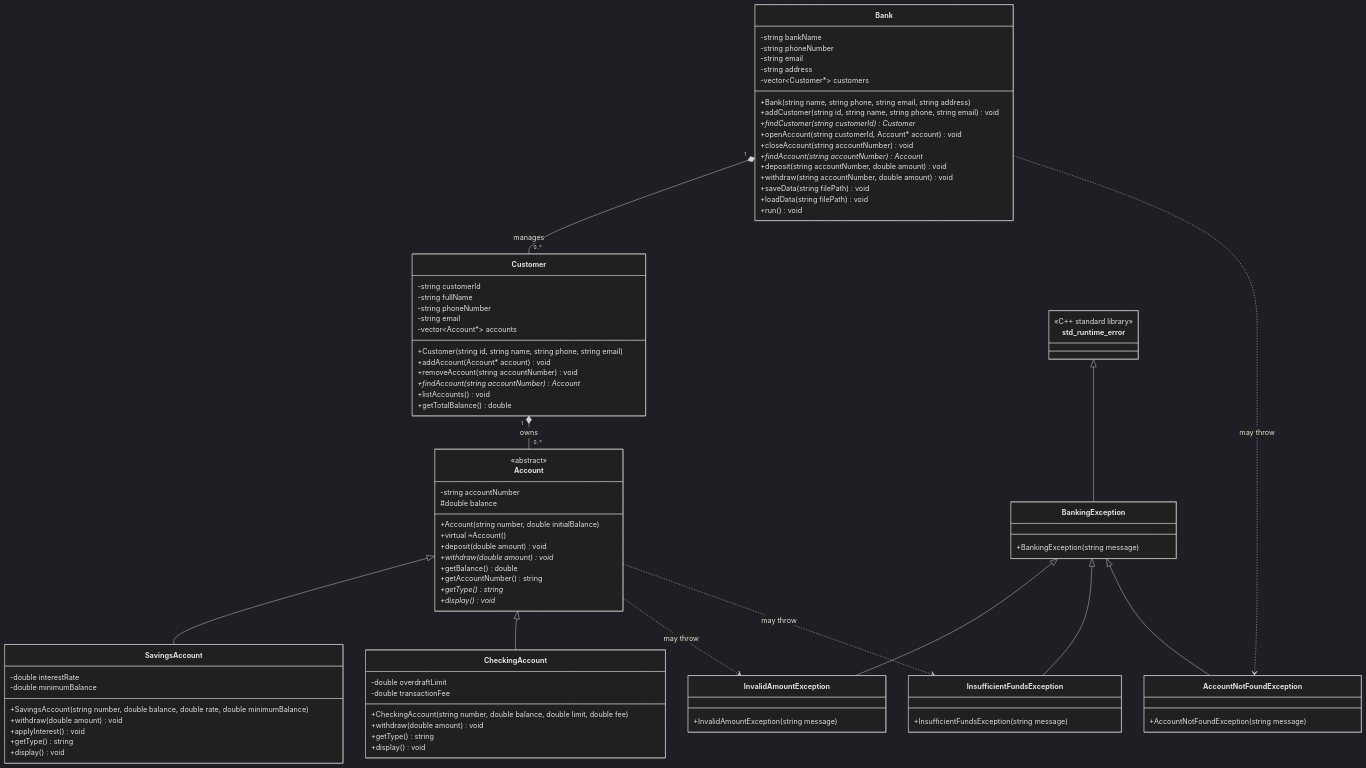
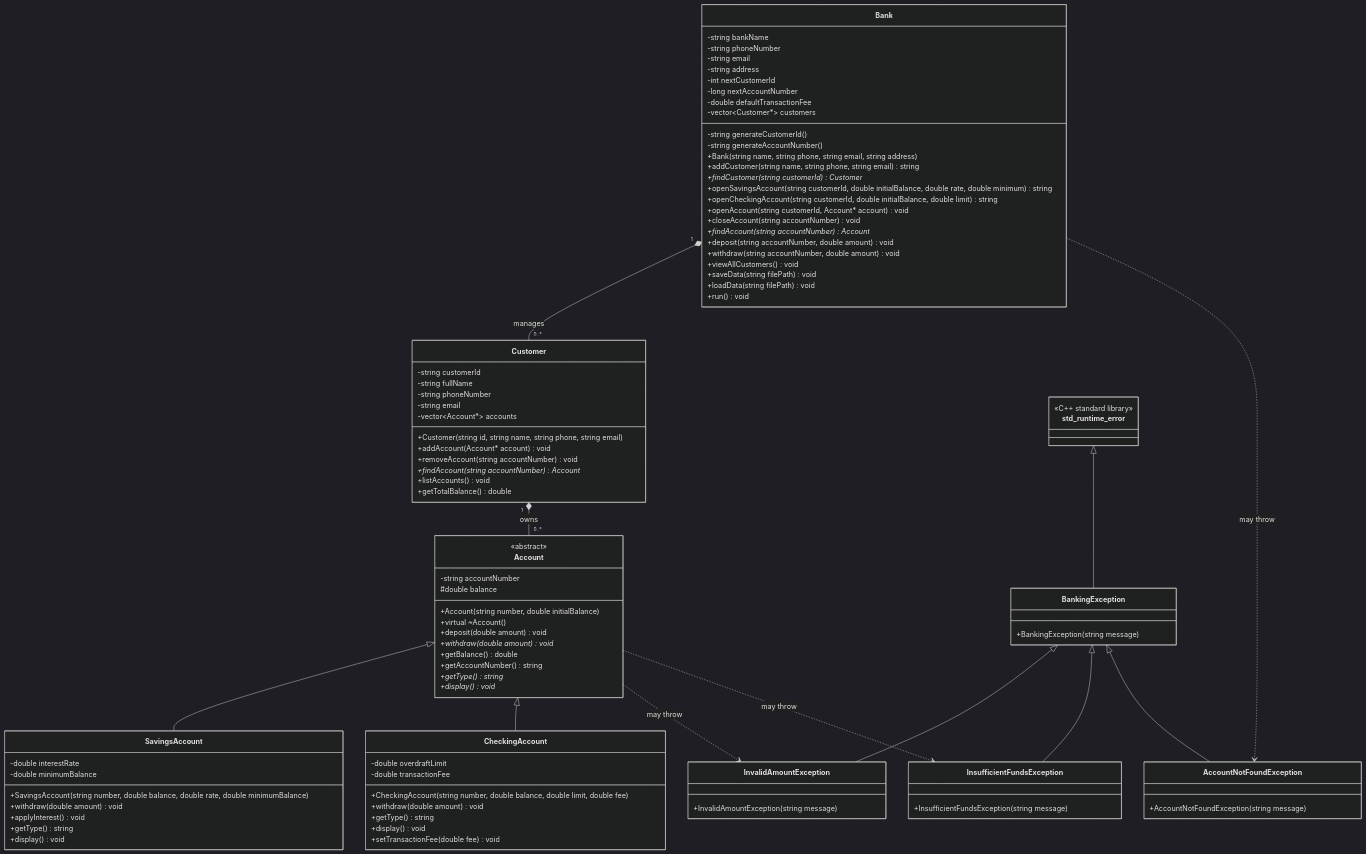
One commit to ymukhsin/bank-account-manager changed the diagram in uml.mmd. Above: the diagram before and after it, drawn with Mermaid (dark theme). The commit also changed 5 other files, not shown here.

Commit message:
feat: auto-generate 4-digit customer IDs, 8-digit account numbers, and admin customer/fee controls

```diff
--- a/uml.mmd
+++ b/uml.mmd
@@ -1,98 +1,107 @@
 classDiagram
     direction TB
 
     class Bank {
         -string bankName
         -string phoneNumber
         -string email
         -string address
+        -int nextCustomerId
+        -long nextAccountNumber
+        -double defaultTransactionFee
         -vector~Customer*~ customers
+        -string generateCustomerId()
+        -string generateAccountNumber()
         +Bank(string name, string phone, string email, string address)
-        +addCustomer(string id, string name, string phone, string email) void
+        +addCustomer(string name, string phone, string email) string
         +findCustomer(string customerId) Customer*
+        +openSavingsAccount(string customerId, double initialBalance, double rate, double minimum) string
+        +openCheckingAccount(string customerId, double initialBalance, double limit) string
         +openAccount(string customerId, Account* account) void
         +closeAccount(string accountNumber) void
         +findAccount(string accountNumber) Account*
         +deposit(string accountNumber, double amount) void
         +withdraw(string accountNumber, double amount) void
+        +viewAllCustomers() void
         +saveData(string filePath) void
         +loadData(string filePath) void
         +run() void
     }
 
     class Customer {
         -string customerId
         -string fullName
         -string phoneNumber
         -string email
         -vector~Account*~ accounts
         +Customer(string id, string name, string phone, string email)
         +addAccount(Account* account) void
         +removeAccount(string accountNumber) void
         +findAccount(string accountNumber) Account*
         +listAccounts() void
         +getTotalBalance() double
     }
 
     class Account {
         <<abstract>>
         -string accountNumber
         #double balance
         +Account(string number, double initialBalance)
         +virtual ~Account()
         +deposit(double amount) void
         +withdraw(double amount)* void
         +getBalance() double
         +getAccountNumber() string
         +getType() string*
         +display() void*
     }
 
     class SavingsAccount {
         -double interestRate
         -double minimumBalance
         +SavingsAccount(string number, double balance, double rate, double minimumBalance)
         +withdraw(double amount) void
         +applyInterest() void
         +getType() string
         +display() void
     }
 
     class CheckingAccount {
         -double overdraftLimit
         -double transactionFee
         +CheckingAccount(string number, double balance, double limit, double fee)
         +withdraw(double amount) void
         +getType() string
         +display() void
+        +setTransactionFee(double fee) void
     }
 
     class BankingException {
         +BankingException(string message)
     }
     class InvalidAmountException {
         +InvalidAmountException(string message)
     }
     class InsufficientFundsException {
         +InsufficientFundsException(string message)
     }
     class AccountNotFoundException {
         +AccountNotFoundException(string message)
     }
     class std_runtime_error {
         <<C++ standard library>>
     }
 
     Bank "1" *-- "0..*" Customer : manages
     Customer "1" *-- "0..*" Account : owns
     Account <|-- SavingsAccount
     Account <|-- CheckingAccount
 
     std_runtime_error <|-- BankingException
     BankingException <|-- InvalidAmountException
     BankingException <|-- InsufficientFundsException
     BankingException <|-- AccountNotFoundException
 
     Account ..> InvalidAmountException : may throw
     Account ..> InsufficientFundsException : may throw
     Bank ..> AccountNotFoundException : may throw
```
